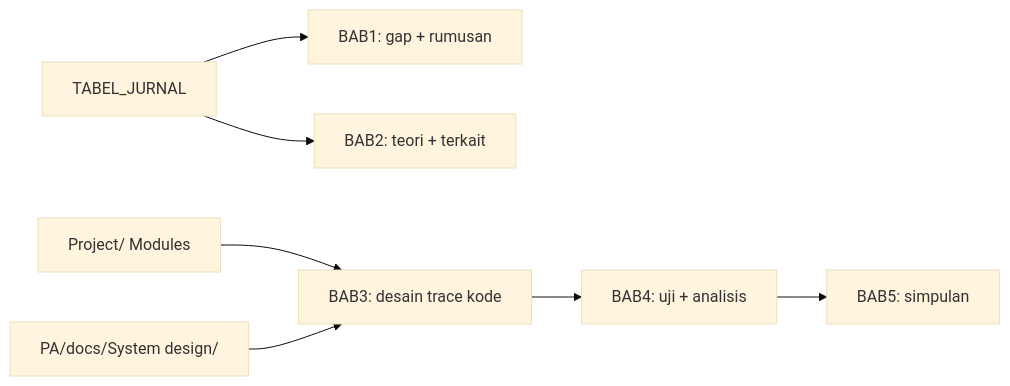
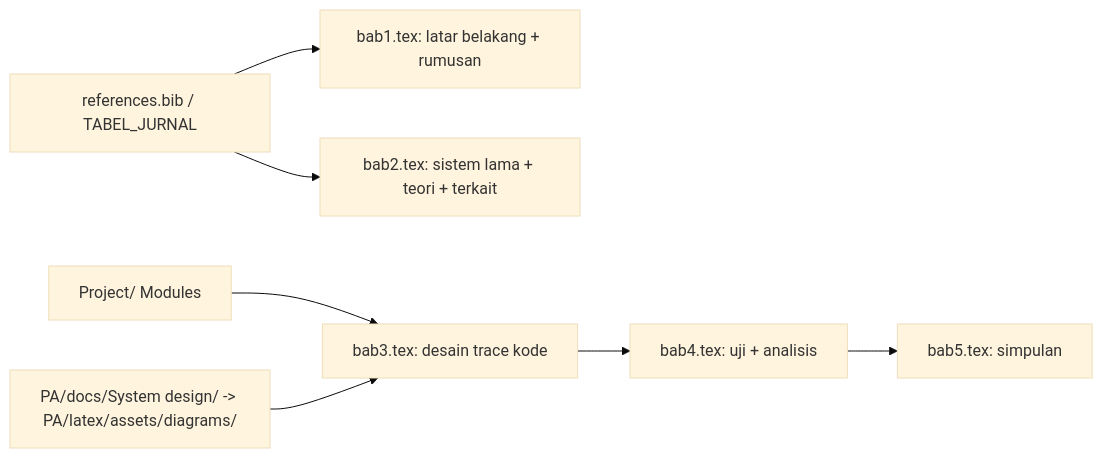
Before and after one commit to ALFIAN-code/management-kost: the diagram in PA/docs/00_overview/ARCHITECTURE.md, drawn with Mermaid (base theme). The commit also changed other lines of this file and 112 other files, not shown here.

````diff
--- a/PA/docs/00_overview/ARCHITECTURE.md
+++ b/PA/docs/00_overview/ARCHITECTURE.md
@@ -37,9 +35,9 @@
 ```mermaid
 flowchart LR
-  Jurnal[TABEL_JURNAL] --> BAB1[BAB1: gap + rumusan]
-  Jurnal --> BAB2[BAB2: teori + terkait]
-  Kode[Project/ Modules] --> BAB3[BAB3: desain trace kode]
-  Desain[PA/docs/System design/] --> BAB3
-  BAB3 --> BAB4[BAB4: uji + analisis]
-  BAB4 --> BAB5[BAB5: simpulan]
+  Jurnal[references.bib / TABEL_JURNAL] --> BAB1[bab1.tex: latar belakang + rumusan]
+  Jurnal --> BAB2[bab2.tex: sistem lama + teori + terkait]
+  Kode[Project/ Modules] --> BAB3[bab3.tex: desain trace kode]
+  Desain[PA/docs/System design/ -> PA/latex/assets/diagrams/] --> BAB3
+  BAB3 --> BAB4[bab4.tex: uji + analisis]
+  BAB4 --> BAB5[bab5.tex: simpulan]
 ```
````
